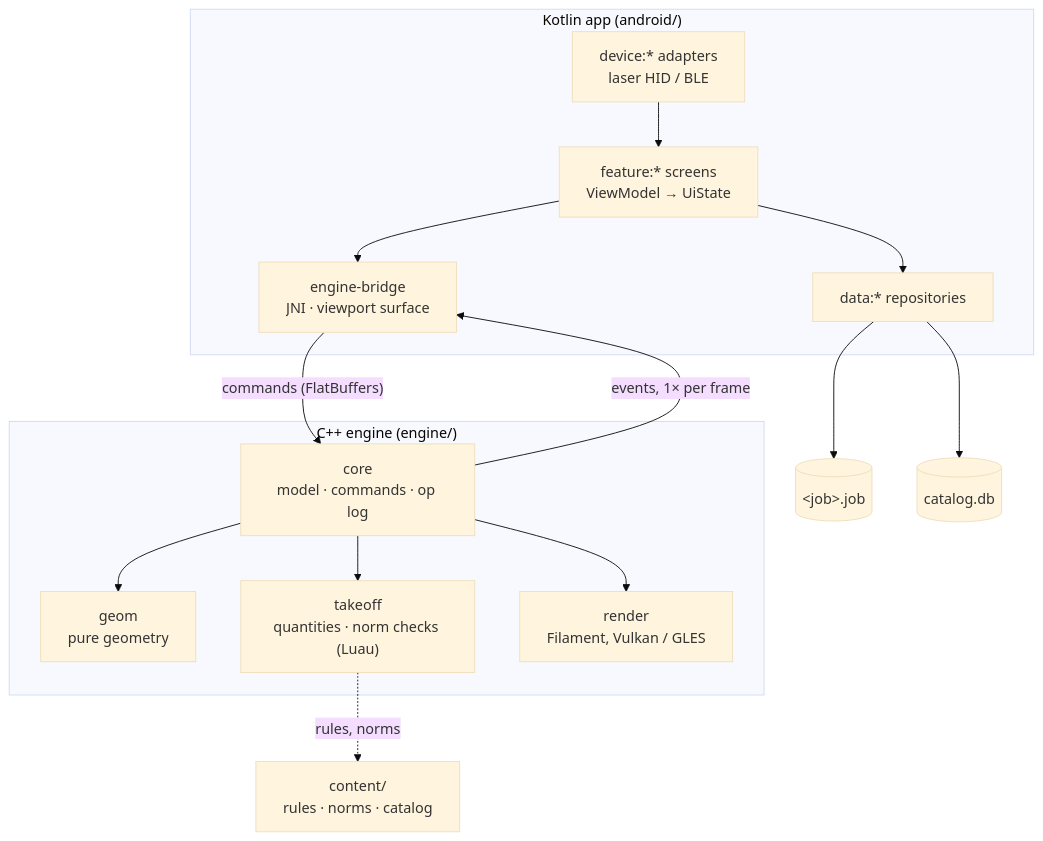
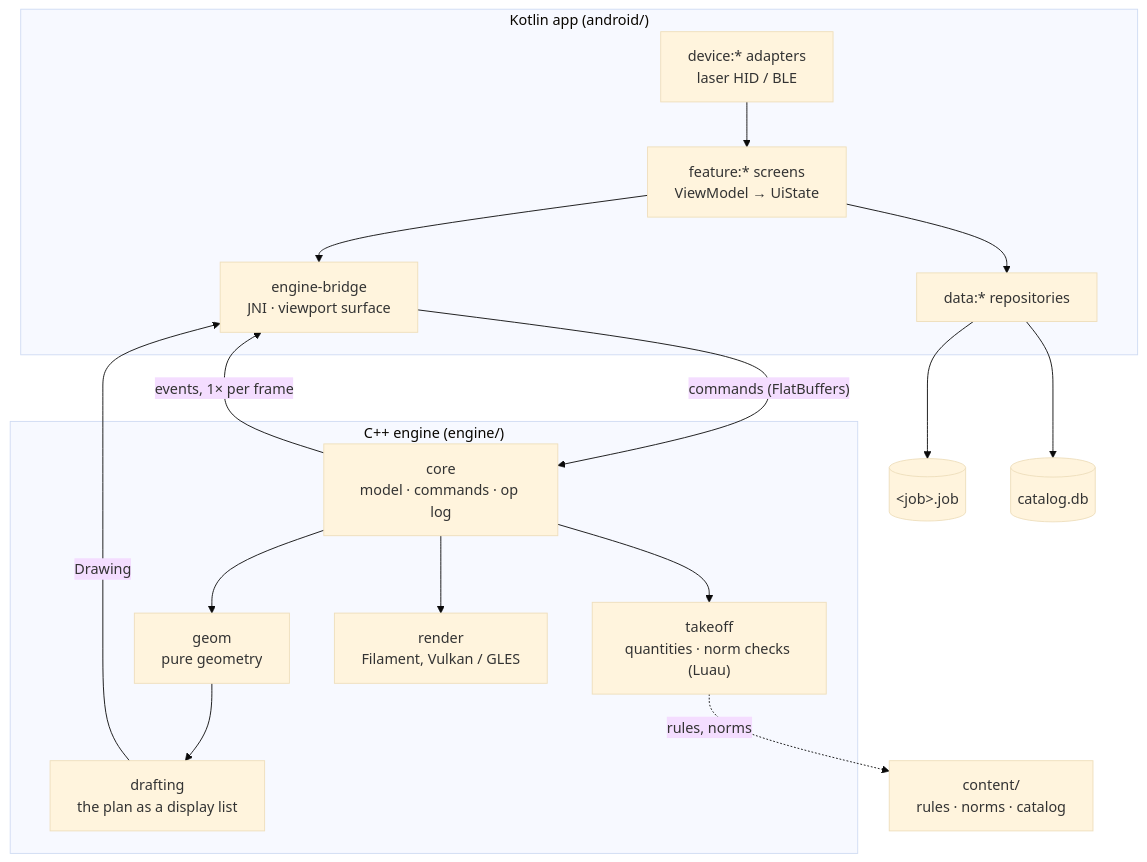
One commit to globallstudent/otves changed the first of 2 diagrams in docs/architecture.md. Above: the diagram before and after it, drawn with Mermaid (base theme). The commit also changed other lines of this file and 10 other files, not shown here.

First line of the commit message:
feat(editor): paint the plan from the engine's drawing

````diff
--- a/docs/architecture.md
+++ b/docs/architecture.md
@@ -5,18 +5,20 @@
 ```mermaid
 flowchart TB
   subgraph Kotlin["Kotlin app (android/)"]
     F["feature:* screens<br/>ViewModel → UiState"] --> D["data:* repositories"]
     F --> B["engine-bridge<br/>JNI · viewport surface"]
     DEV["device:* adapters<br/>laser HID / BLE"] --> F
   end
   subgraph Engine["C++ engine (engine/)"]
     C["core<br/>model · commands · op log"] --> G["geom<br/>pure geometry"]
+    G --> DR["drafting<br/>the plan as a display list"]
     C --> T["takeoff<br/>quantities · norm checks (Luau)"]
     C --> R["render<br/>Filament, Vulkan / GLES"]
   end
   B -- "commands (FlatBuffers)" --> C
   C -- "events, 1× per frame" --> B
+  DR -- "Drawing" --> B
   D --> JOB[("&lt;job&gt;.job")]
   D --> CAT[("catalog.db")]
   T -. "rules, norms" .-> CON["content/<br/>rules · norms · catalog"]
 ```
````
